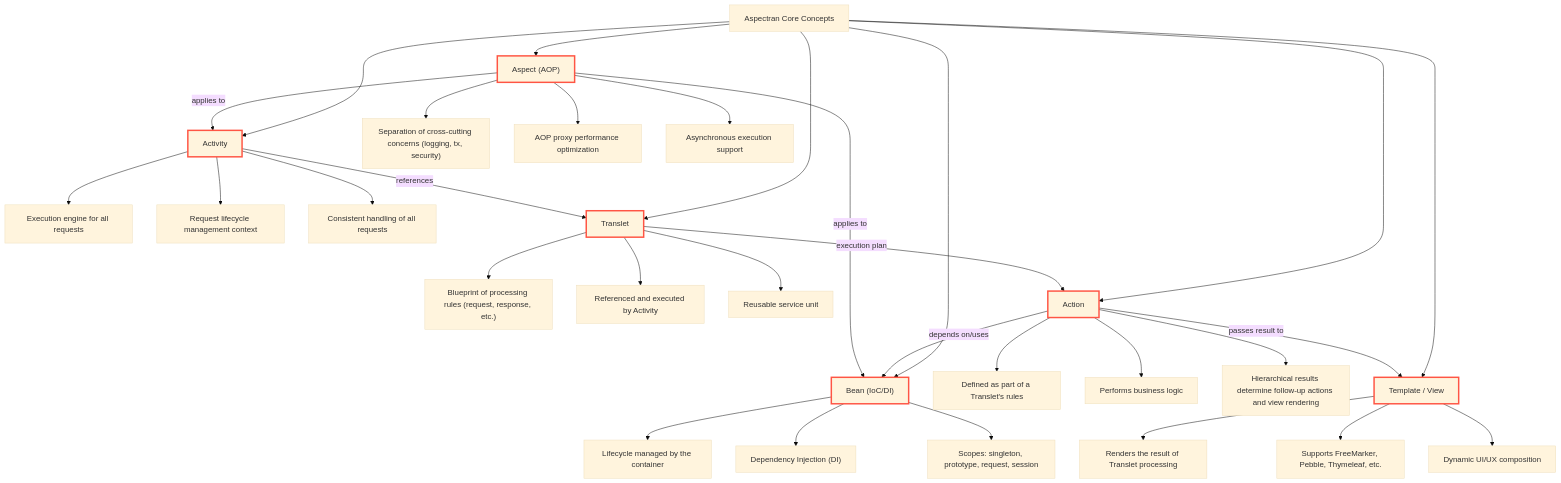
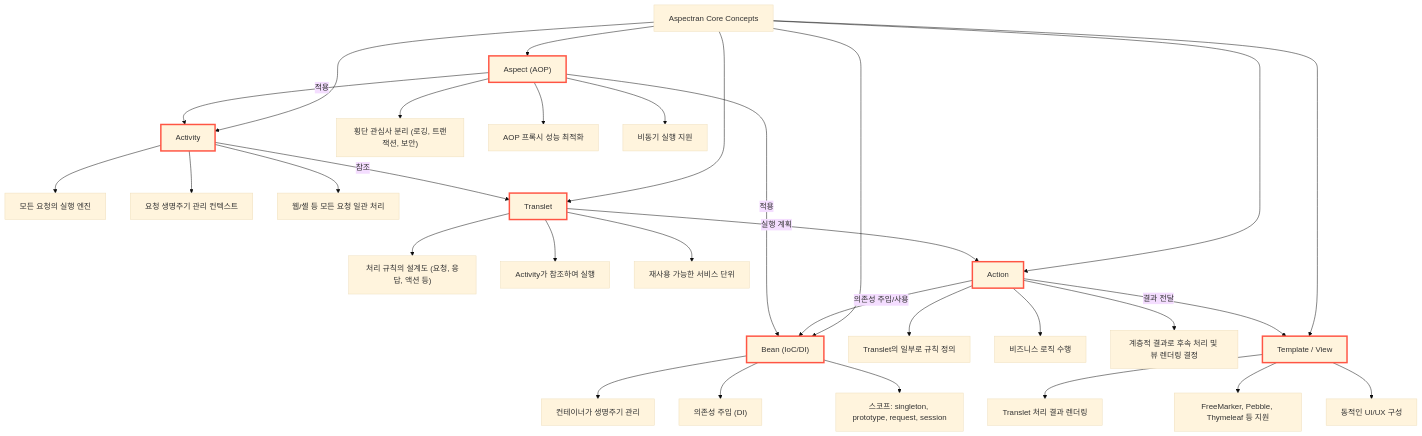
The fifth of 9 diagrams in _pages/en/docs/guides/aspectran-architecture-diagrams.md (aspectran/aspectran.github.io), drawn with Mermaid (base theme) before and after one commit. The commit also changed other lines of this file and 1 other file, not shown here.

````diff
--- a/_pages/en/docs/guides/aspectran-architecture-diagrams.md
+++ b/_pages/en/docs/guides/aspectran-architecture-diagrams.md
@@ -330,44 +342,44 @@
 ```mermaid
 flowchart TB
   A[Aspectran Core Concepts]
 
   A --> ACT[Activity]
-  ACT --> ACT1[Execution engine for all requests]
-  ACT --> ACT2[Request lifecycle management context]
-  ACT --> ACT3[Consistent handling of all requests]
+  ACT --> ACT1[모든 요청의 실행 엔진]
+  ACT --> ACT2[요청 생명주기 관리 컨텍스트]
+  ACT --> ACT3[웹/셸 등 모든 요청 일관 처리]
 
   A --> TR[Translet]
-  TR --> TR1["Blueprint of processing rules (request, response, etc.)"]
-  TR --> TR2[Referenced and executed by Activity]
-  TR --> TR3[Reusable service unit]
+  TR --> TR1["처리 규칙의 설계도 (요청, 응답, 액션 등)"]
+  TR --> TR2[Activity가 참조하여 실행]
+  TR --> TR3[재사용 가능한 서비스 단위]
 
   A --> BEAN["Bean (IoC/DI)"]
-  BEAN --> BEAN1[Lifecycle managed by the container]
-  BEAN --> BEAN2["Dependency Injection (DI)"]
-  BEAN --> BEAN3[Scopes: singleton, prototype, request, session]
+  BEAN --> BEAN1[컨테이너가 생명주기 관리]
+  BEAN --> BEAN2["의존성 주입 (DI)"]
+  BEAN --> BEAN3[스코프: singleton, prototype, request, session]
 
   A --> ACTN[Action]
-  ACTN --> ACTN1[Defined as part of a Translet's rules]
-  ACTN --> ACTN2[Performs business logic]
-  ACTN --> ACTN3["Hierarchical results determine follow-up actions and view rendering"]
+  ACTN --> ACTN1[Translet의 일부로 규칙 정의]
+  ACTN --> ACTN2[비즈니스 로직 수행]
+  ACTN --> ACTN3["계층적 결과로 후속 처리 및 뷰 렌더링 결정"]
 
   A --> ASP["Aspect (AOP)"]
-  ASP --> ASP1["Separation of cross-cutting concerns (logging, tx, security)"]
-  ASP --> ASP2[AOP proxy performance optimization]
-  ASP --> ASP3[Asynchronous execution support]
+  ASP --> ASP1["횡단 관심사 분리 (로깅, 트랜잭션, 보안)"]
+  ASP --> ASP2[AOP 프록시 성능 최적화]
+  ASP --> ASP3[비동기 실행 지원]
 
   A --> TPL[Template / View]
-  TPL --> TPL1[Renders the result of Translet processing]
-  TPL --> TPL2[Supports FreeMarker, Pebble, Thymeleaf, etc.]
-  TPL --> TPL3[Dynamic UI/UX composition]
+  TPL --> TPL1[Translet 처리 결과 렌더링]
+  TPL --> TPL2[FreeMarker, Pebble, Thymeleaf 등 지원]
+  TPL --> TPL3[동적인 UI/UX 구성]
 
-  ACT -- references --> TR
-  TR -- execution plan --> ACTN
-  ACTN -- depends on/uses --> BEAN
-  ASP -- applies to --> ACT
-  ASP -- applies to --> BEAN
-  ACTN -- passes result to --> TPL
+  ACT -- 참조 --> TR
+  TR -- 실행 계획 --> ACTN
+  ACTN -- 의존성 주입/사용 --> BEAN
+  ASP -- 적용 --> ACT
+  ASP -- 적용 --> BEAN
+  ACTN -- 결과 전달 --> TPL
 
   classDef concept stroke:#ff5544,stroke-width:3px
   class ACT,TR,BEAN,ACTN,ASP,TPL concept
 ```
````
